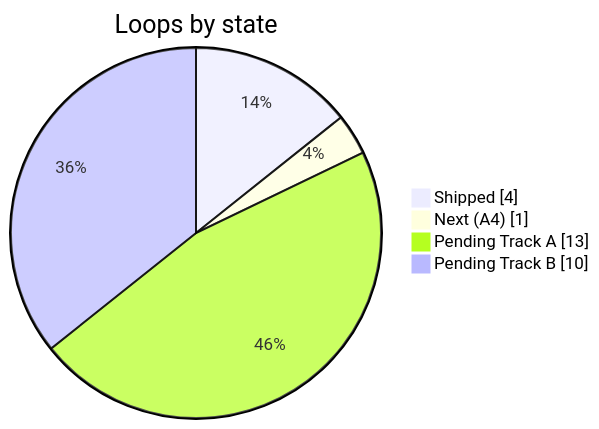
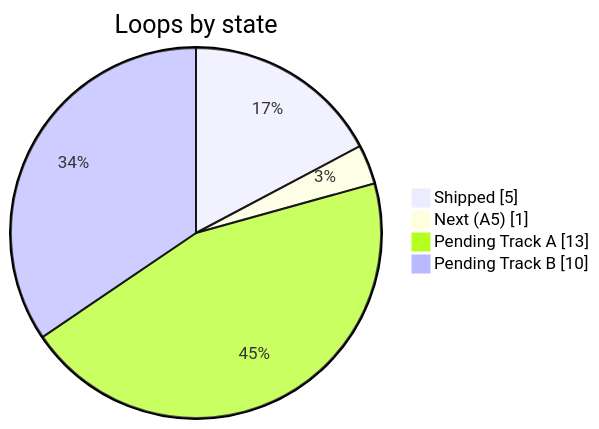
Before and after one commit to ivangarciafilho/DNDSheet: the diagram in docs/roadmap/DNDSheet-Implementation-Backlog.md, drawn with Mermaid. The commit also changed other lines of this file and 2 other files, not shown here.

Commit message:
docs: record spellcasting closeout and next loop

````diff
--- a/docs/roadmap/DNDSheet-Implementation-Backlog.md
+++ b/docs/roadmap/DNDSheet-Implementation-Backlog.md
@@ -54,8 +54,8 @@
 ```mermaid
 pie showData
   title Loops by state
-  "Shipped" : 4
-  "Next (A4)" : 1
+  "Shipped" : 5
+  "Next (A5)" : 1
   "Pending Track A" : 13
   "Pending Track B" : 10
 ```
````
